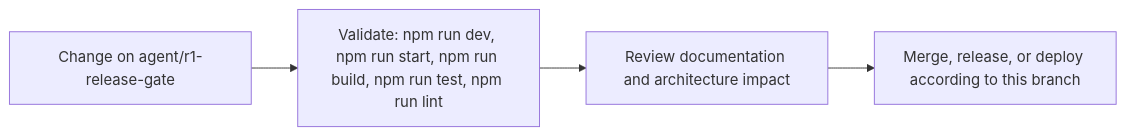
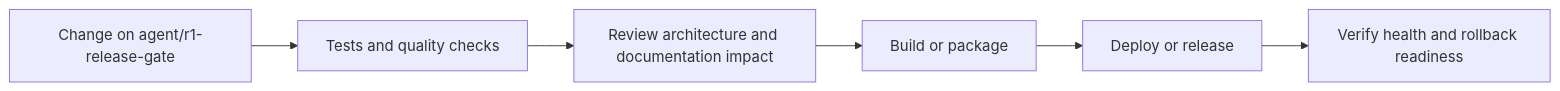
One commit to Nischhalsubba/BindForge-NW changed the fifth of 6 diagrams in README.md. Above: the diagram before and after it, drawn with Mermaid. The commit also changed other lines of this file, not shown here.

````diff
--- a/README.md
+++ b/README.md
@@ -82,8 +177,8 @@
 ```mermaid
 flowchart LR
-    CHANGE["Change on agent/r1-release-gate"]
-    CHECK["Validate: npm run dev, npm run start, npm run build, npm run test, npm run lint"]
-    REVIEW["Review documentation and architecture impact"]
-    RELEASE["Merge, release, or deploy according to this branch"]
-    CHANGE --> CHECK --> REVIEW --> RELEASE
+    CHANGE["Change on agent/r1-release-gate"] --> CHECK["Tests and quality checks"]
+    CHECK --> REVIEW["Review architecture and documentation impact"]
+    REVIEW --> BUILD["Build or package"]
+    BUILD --> DEPLOY["Deploy or release"]
+    DEPLOY --> VERIFY["Verify health and rollback readiness"]
 ```
````
